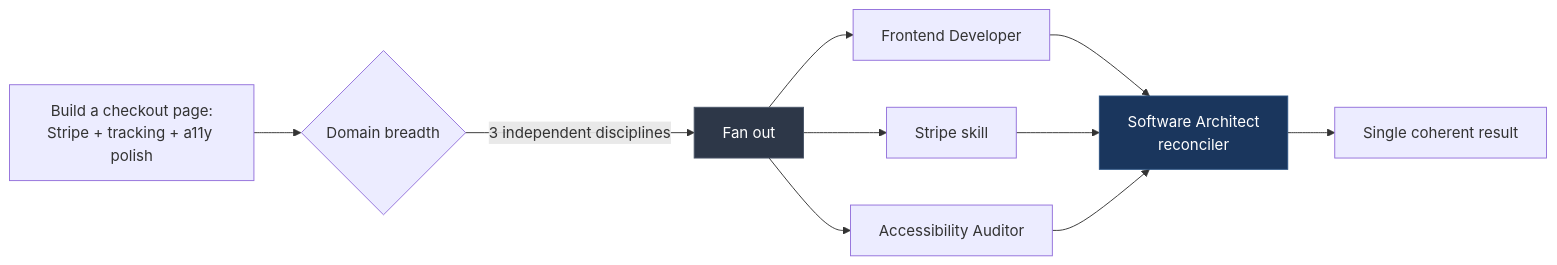
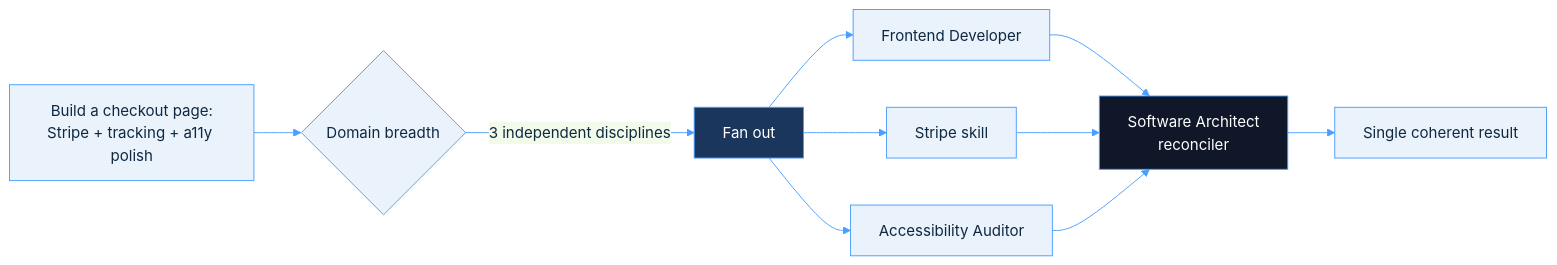
Before and after one commit to amitvijapur/cortex: the third of 4 diagrams in README.md, drawn with Mermaid. The commit also changed other lines of this file, not shown here.

Commit message:
docs: re-theme mermaid diagrams to steel-blue palette; add multi-agent install (Cursor, Codex, Gemini CLI, Aider, Windsurf)

````diff
--- a/README.md
+++ b/README.md
@@ -226,15 +259,16 @@
 ```mermaid
+%%{init: {'theme':'base','themeVariables':{'lineColor':'#4a9eff','primaryColor':'#eaf2fb','primaryTextColor':'#0f2942','primaryBorderColor':'#4a9eff','fontFamily':'ui-sans-serif, system-ui, sans-serif'}}}%%
 flowchart LR
     A[Build a checkout page:<br/>Stripe + tracking + a11y polish] --> B{Domain breadth}
     B -->|3 independent disciplines| C[Fan out]
     C --> D[Frontend Developer]
     C --> E[Stripe skill]
     C --> F[Accessibility Auditor]
     D --> G[Software Architect<br/>reconciler]
     E --> G
     F --> G
     G --> H[Single coherent result]
 
-    style C fill:#2d3748,stroke:#4a5568,color:#fff
-    style G fill:#1a365d,stroke:#2c5282,color:#fff
+    style C fill:#1a365d,stroke:#4a9eff,color:#fff
+    style G fill:#0f1729,stroke:#4a9eff,color:#fff
 ```
````
